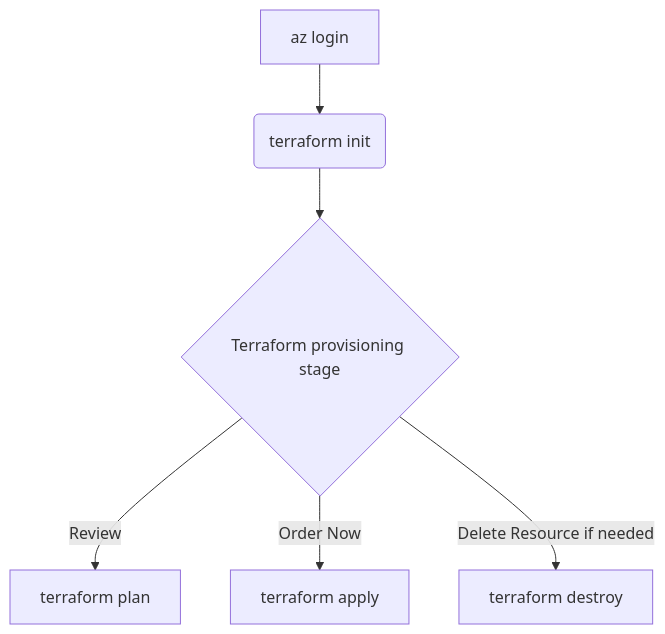
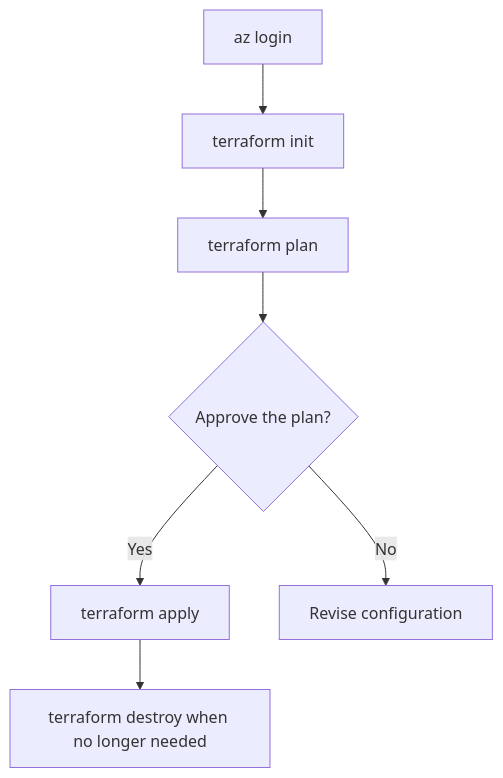
Before and after one commit to Cloud2BR-MSFTLearningHub/Azure-Text-Embedding-Overview: the diagram in terraform-infrastructure/README.md, drawn with Mermaid. The commit also changed other lines of this file and 3 other files, not shown here.

````diff
--- a/terraform-infrastructure/README.md
+++ b/terraform-infrastructure/README.md
@@ -55,8 +55,9 @@
-```mermaid 
-graph TD;
-    A[az login] --> B(terraform init)
-    B --> C{Terraform provisioning stage}
-    C -->|Review| D[terraform plan]
-    C -->|Order Now| E[terraform apply]
-    C -->|Delete Resource if needed| F[terraform destroy]
+```mermaid
+flowchart TD
+  A[az login] --> B[terraform init]
+  B --> C[terraform plan]
+  C --> D{Approve the plan?}
+  D -->|Yes| E[terraform apply]
+  D -->|No| F[Revise configuration]
+  E --> G[terraform destroy when no longer needed]
 ```
````
